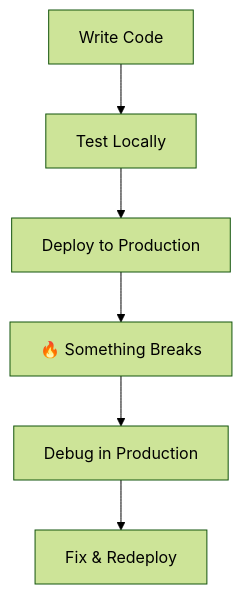
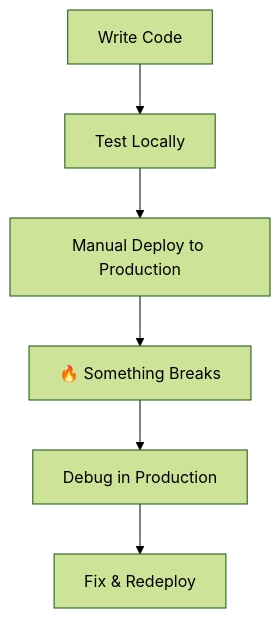
One commit to joaothallis/continuously-integrating-your-nix-config changed the first of 2 diagrams in slides.md. Above: the diagram before and after it, drawn with Mermaid (forest theme). The commit also changed other lines of this file and 3 other files, not shown here.

````diff
--- a/slides.md
+++ b/slides.md
@@ -133,8 +102,8 @@
 ```mermaid {scale: 0.8}
 graph TD
     A[Write Code] --> B[Test Locally]
-    B --> C[Deploy to Production]
+    B --> C[Manual Deploy to Production]
     C --> D[🔥 Something Breaks]
     D --> E[Debug in Production]
     E --> F[Fix & Redeploy]
 ```
````
